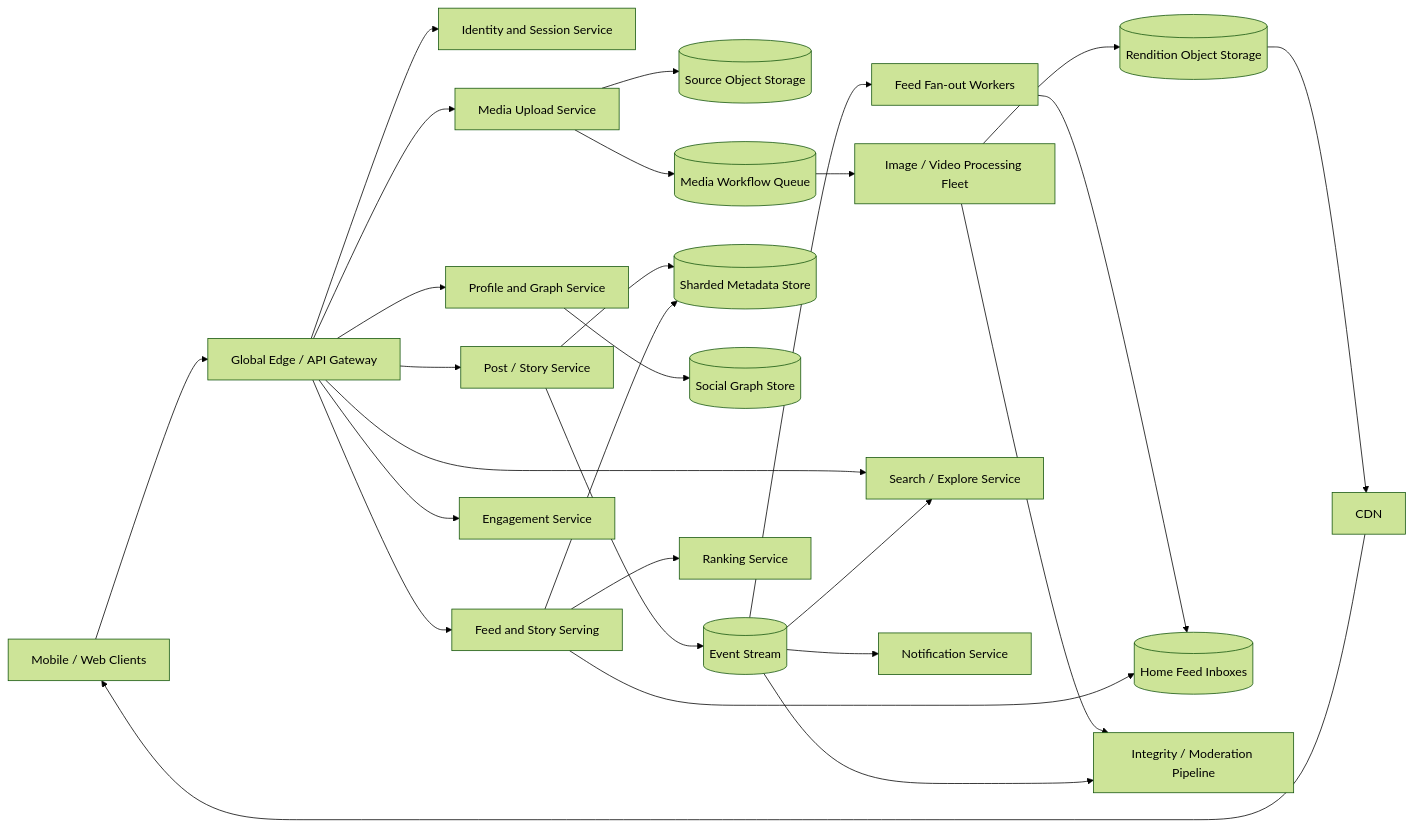
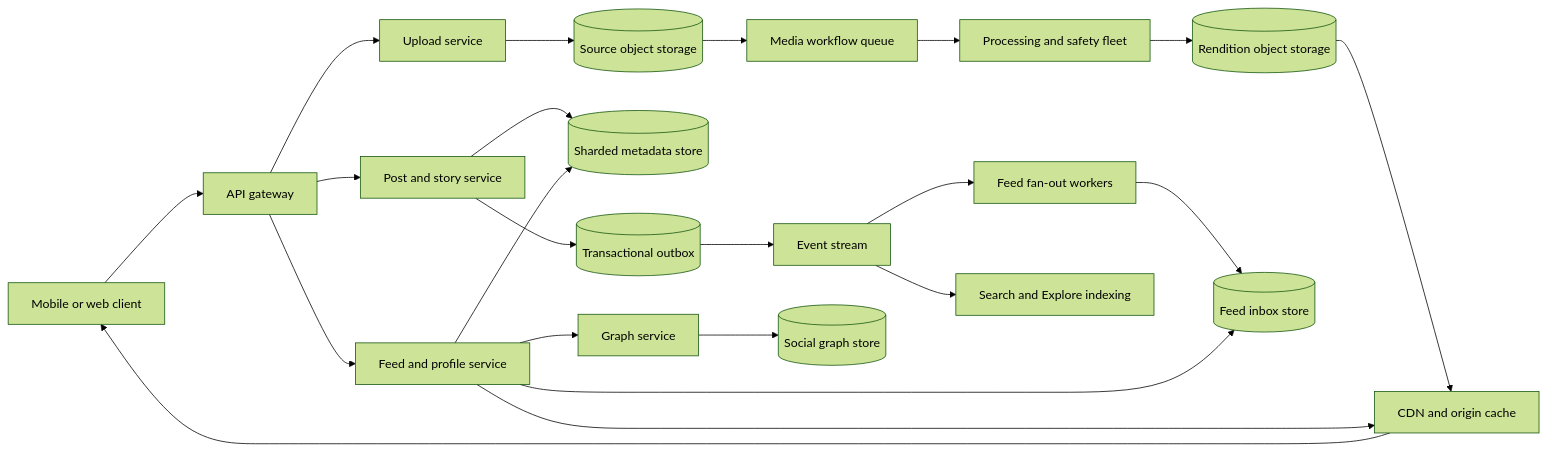
The second of 5 diagrams in instagram-system-design.md (Pranshu258/system-design), drawn with Mermaid (forest theme) before and after one commit. The commit also changed other lines of this file and 23 other files, not shown here.

````diff
--- a/instagram-system-design.md
+++ b/instagram-system-design.md
@@ -49,51 +165,24 @@
 ```mermaid
 flowchart LR
-    C[Mobile / Web Clients]
-    EDGE[Global Edge / API Gateway]
-    AUTH[Identity and Session Service]
-    USER[Profile and Graph Service]
-    POST[Post / Story Service]
-    UP[Media Upload Service]
-    SRC[(Source Object Storage)]
-    WF[(Media Workflow Queue)]
-    PROC[Image / Video Processing Fleet]
-    MEDIA[(Rendition Object Storage)]
-    CDN[CDN]
-    META[(Sharded Metadata Store)]
-    GRAPH[(Social Graph Store)]
-    EVENT[(Event Stream)]
-    FAN[Feed Fan-out Workers]
-    INBOX[(Home Feed Inboxes)]
-    FEED[Feed and Story Serving]
-    RANK[Ranking Service]
-    SEARCH[Search / Explore Service]
-    ENG[Engagement Service]
-    NOTIFY[Notification Service]
-    SAFE[Integrity / Moderation Pipeline]
-
-    C --> EDGE
-    EDGE --> AUTH
-    EDGE --> USER
-    EDGE --> POST
-    EDGE --> UP
-    EDGE --> FEED
-    EDGE --> SEARCH
-    EDGE --> ENG
-    USER --> GRAPH
-    POST --> META
-    POST --> EVENT
-    UP --> SRC
-    UP --> WF
-    WF --> PROC
-    PROC --> MEDIA
-    PROC --> SAFE
-    MEDIA --> CDN --> C
-    EVENT --> FAN
-    FAN --> INBOX
-    FEED --> INBOX
-    FEED --> META
-    FEED --> RANK
-    EVENT --> SEARCH
-    EVENT --> NOTIFY
-    EVENT --> SAFE
+    C["Mobile or web client"] --> API["API gateway"]
+    API --> US["Upload service"]
+    US --> OS[("Source object storage")]
+    OS --> WF["Media workflow queue"]
+    WF --> MP["Processing and safety fleet"]
+    MP --> RO[("Rendition object storage")]
+    RO --> CDN["CDN and origin cache"]
+    CDN --> C
+    API --> PS["Post and story service"]
+    PS --> META[("Sharded metadata store")]
+    PS --> OUT[("Transactional outbox")]
+    OUT --> BUS["Event stream"]
+    BUS --> FAN["Feed fan-out workers"]
+    FAN --> INBOX[("Feed inbox store")]
+    BUS --> IDX["Search and Explore indexing"]
+    API --> FS["Feed and profile service"]
+    FS --> INBOX
+    FS --> META
+    FS --> GS["Graph service"]
+    GS --> GRAPH[("Social graph store")]
+    FS --> CDN
 ```
````
